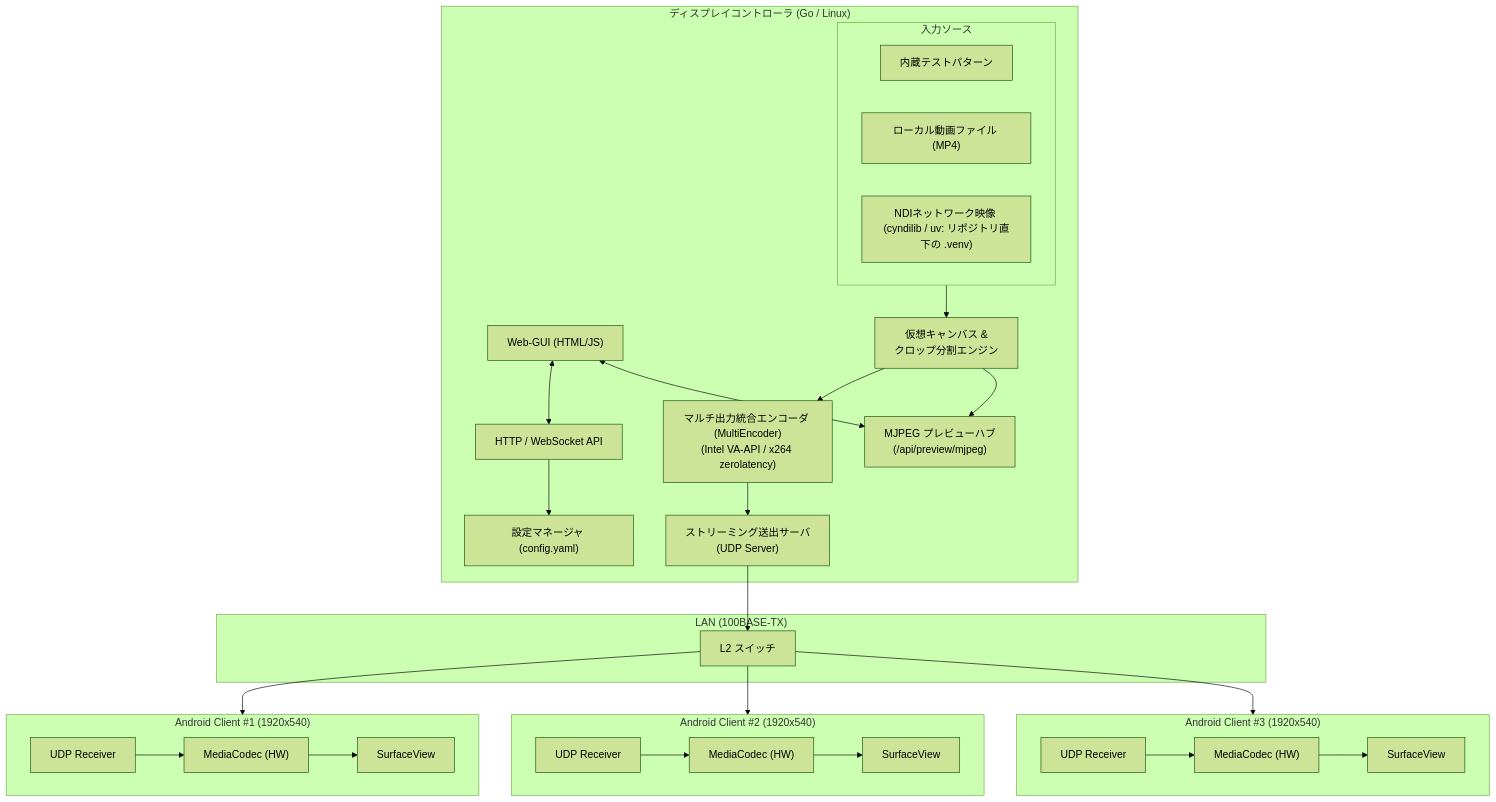
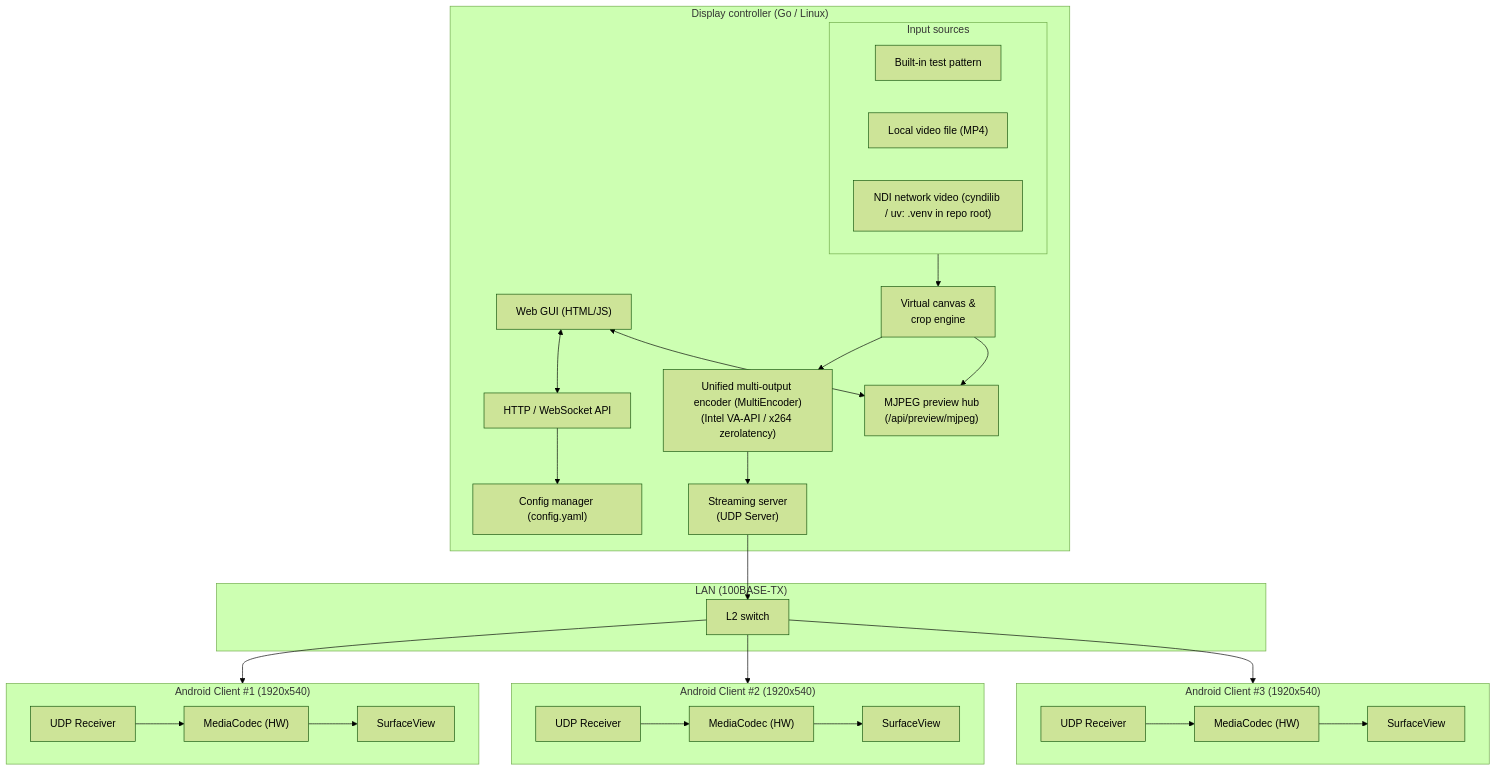
The diagram in docs/architecture.md (TechnoTUT/booth-display), drawn with Mermaid (forest theme) before and after one commit. The commit also changed other lines of this file, not shown here.

Commit message:
docs: rewrite architecture doc in English

````diff
--- a/docs/architecture.md
+++ b/docs/architecture.md
@@ -11,48 +11,48 @@
 ```mermaid
 flowchart TB
-    subgraph Controller["ディスプレイコントローラ (Go / Linux)"]
-        WebGUI["Web-GUI (HTML/JS)"]
+    subgraph Controller["Display controller (Go / Linux)"]
+        WebGUI["Web GUI (HTML/JS)"]
         APIServer["HTTP / WebSocket API"]
-        ConfigMgr["設定マネージャ (config.yaml)"]
+        ConfigMgr["Config manager (config.yaml)"]
         
-        subgraph MediaSources["入力ソース"]
-            TestPattern["内蔵テストパターン"]
-            VideoFile["ローカル動画ファイル (MP4)"]
-            NDISource["NDIネットワーク映像 (cyndilib / uv: リポジトリ直下の .venv)"]
+        subgraph MediaSources["Input sources"]
+            TestPattern["Built-in test pattern"]
+            VideoFile["Local video file (MP4)"]
+            NDISource["NDI network video (cyndilib / uv: .venv in repo root)"]
         end
 
-        CanvasEngine["仮想キャンバス &<br/>クロップ分割エンジン"]
-        EncoderPool["マルチ出力統合エンコーダ (MultiEncoder)<br/>(Intel VA-API / x264 zerolatency)"]
-        StreamServer["ストリーミング送出サーバ<br/>(UDP Server)"]
-        PreviewHub["MJPEG プレビューハブ<br/>(/api/preview/mjpeg)"]
+        CanvasEngine["Virtual canvas &<br/>crop engine"]
+        EncoderPool["Unified multi-output encoder (MultiEncoder)<br/>(Intel VA-API / x264 zerolatency)"]
+        StreamServer["Streaming server<br/>(UDP Server)"]
+        PreviewHub["MJPEG preview hub<br/>(/api/preview/mjpeg)"]
         
         WebGUI <--> APIServer
         APIServer --> ConfigMgr
         MediaSources --> CanvasEngine
         CanvasEngine --> EncoderPool
         CanvasEngine --> PreviewHub
         EncoderPool --> StreamServer
     end
 
     subgraph Network["LAN (100BASE-TX)"]
-        Switch["L2 スイッチ"]
+        Switch["L2 switch"]
     end
 
     subgraph Client1["Android Client #1 (1920x540)"]
         Receiver1["UDP Receiver"] --> Codec1["MediaCodec (HW)"] --> Surface1["SurfaceView"]
     end
 
     subgraph Client2["Android Client #2 (1920x540)"]
         Receiver2["UDP Receiver"] --> Codec2["MediaCodec (HW)"] --> Surface2["SurfaceView"]
     end
 
     subgraph Client3["Android Client #3 (1920x540)"]
         Receiver3["UDP Receiver"] --> Codec3["MediaCodec (HW)"] --> Surface3["SurfaceView"]
     end
 
     StreamServer --> Switch
     Switch --> Client1
     Switch --> Client2
     Switch --> Client3
     WebGUI <--> PreviewHub
 ```
````
